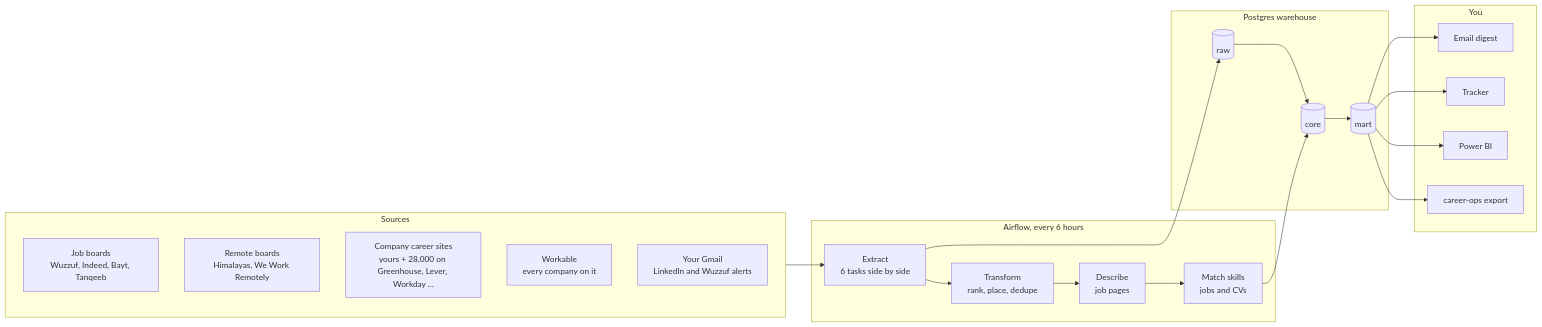
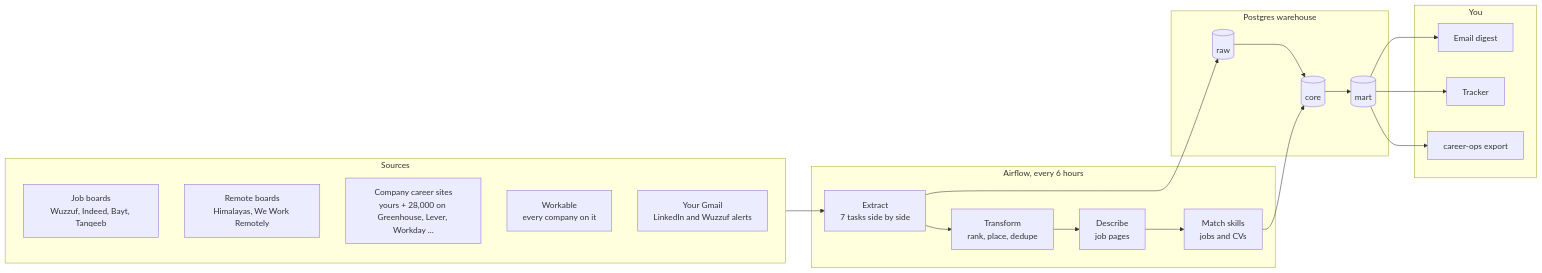
Before and after one commit to omarshalabyy1/job-radar: the first of 3 diagrams in README.md, drawn with Mermaid. The commit also changed other lines of this file and 7 other files, not shown here.

````diff
--- a/README.md
+++ b/README.md
@@ -12,26 +12,25 @@
 ```mermaid
 flowchart LR
     subgraph S[Sources]
         B[Job boards<br/>Wuzzuf, Indeed, Bayt, Tanqeeb]
         R[Remote boards<br/>Himalayas, We Work Remotely]
         C[Company career sites<br/>yours + 28,000 on Greenhouse, Lever, Workday ...]
         W[Workable<br/>every company on it]
         G[Your Gmail<br/>LinkedIn and Wuzzuf alerts]
     end
     subgraph A[Airflow, every 6 hours]
-        E[Extract<br/>6 tasks side by side] --> T[Transform<br/>rank, place, dedupe] --> D[Describe<br/>job pages] --> M[Match skills<br/>jobs and CVs]
+        E[Extract<br/>7 tasks side by side] --> T[Transform<br/>rank, place, dedupe] --> D[Describe<br/>job pages] --> M[Match skills<br/>jobs and CVs]
     end
     subgraph P[Postgres warehouse]
         RAW[(raw)] --> CORE[(core)] --> MART[(mart)]
     end
     subgraph Y[You]
         EM[Email digest]
         TR[Tracker]
-        PBI[Power BI]
         CO[career-ops export]
     end
     S --> E
     E --> RAW
     M --> CORE
-    MART --> EM & TR & PBI & CO
+    MART --> EM & TR & CO
 ```
````
